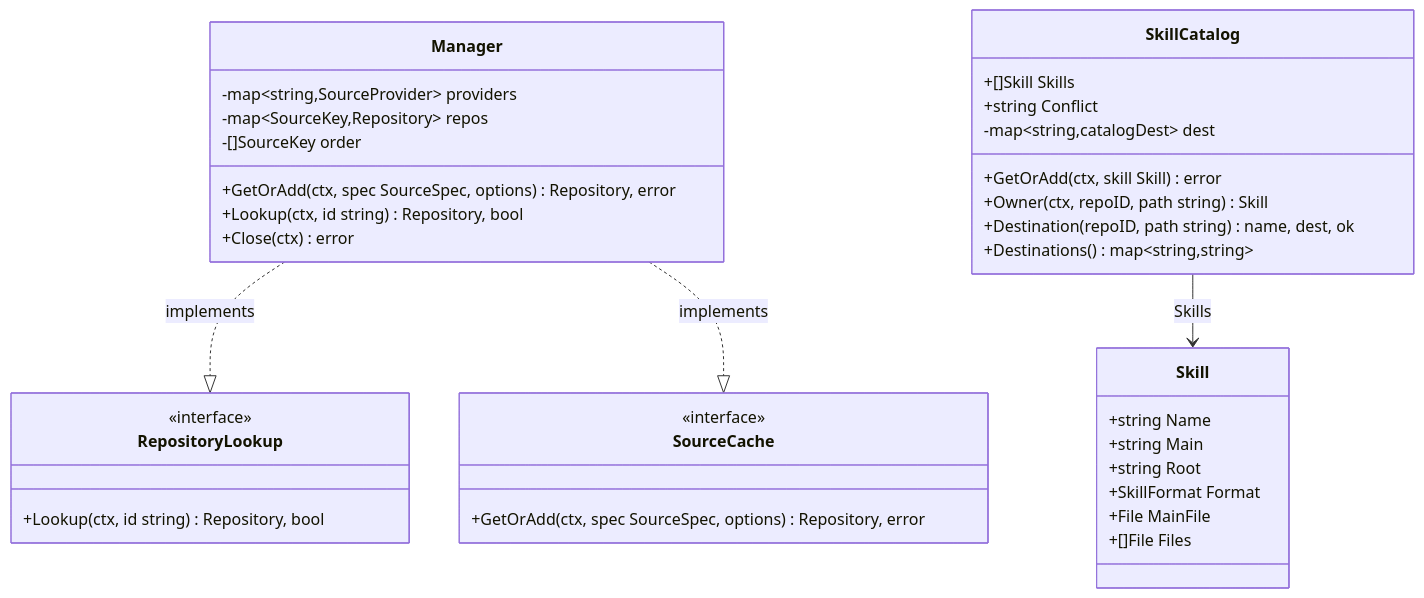
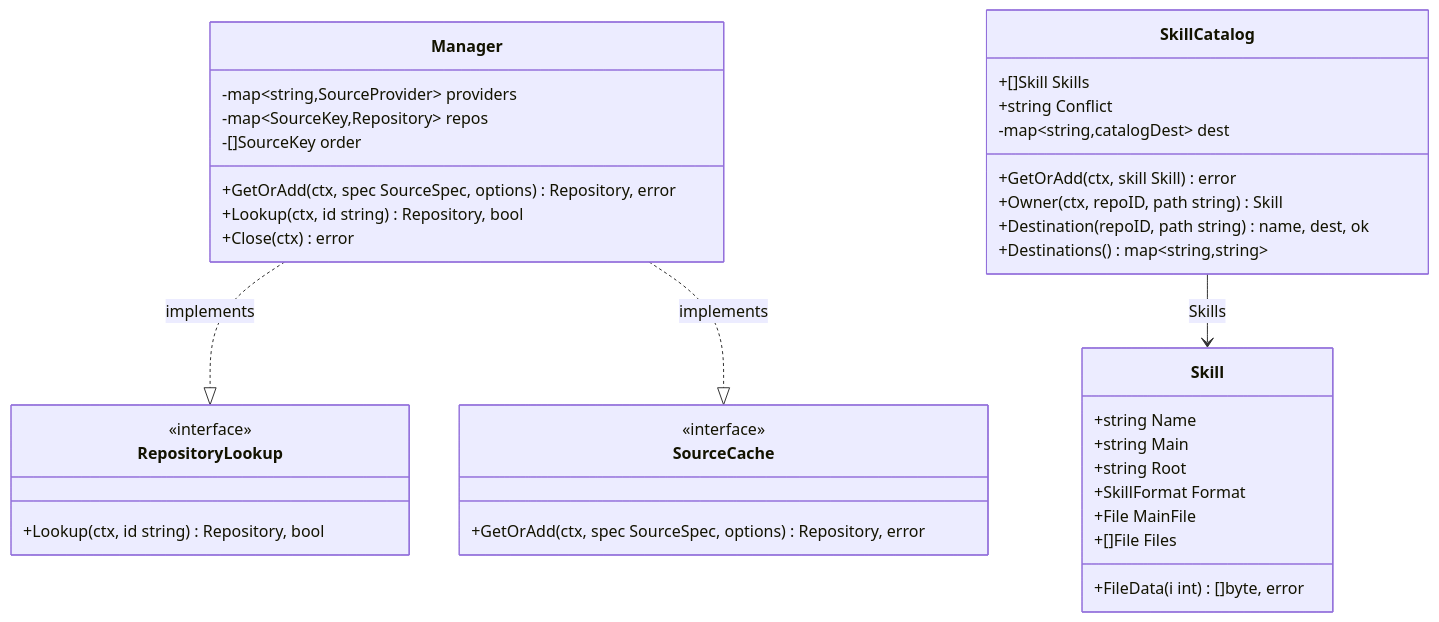
The third of 3 diagrams in docs/architecture/diagrams.md (InsonusK/go-ai-skill-manage), drawn with Mermaid before and after one commit. The commit also changed other lines of this file and 17 other files, not shown here.

````diff
--- a/docs/architecture/diagrams.md
+++ b/docs/architecture/diagrams.md
@@ -118,39 +123,40 @@
 ```mermaid
 classDiagram
     class RepositoryLookup {
         <<interface>>
         +Lookup(ctx, id string) Repository, bool
     }
     class SourceCache {
         <<interface>>
         +GetOrAdd(ctx, spec SourceSpec, options) Repository, error
     }
     class Manager {
         -map~string,SourceProvider~ providers
         -map~SourceKey,Repository~ repos
         -[]SourceKey order
         +GetOrAdd(ctx, spec SourceSpec, options) Repository, error
         +Lookup(ctx, id string) Repository, bool
         +Close(ctx) error
     }
     class SkillCatalog {
         +[]Skill Skills
         +string Conflict
         -map~string,catalogDest~ dest
         +GetOrAdd(ctx, skill Skill) error
         +Owner(ctx, repoID, path string) Skill
         +Destination(repoID, path string) name, dest, ok
         +Destinations() map~string,string~
     }
     class Skill {
         +string Name
         +string Main
         +string Root
         +SkillFormat Format
         +File MainFile
         +[]File Files
+        +FileData(i int) []byte, error
     }
     SkillCatalog --> Skill : Skills
     Manager ..|> RepositoryLookup : implements
     Manager ..|> SourceCache : implements
 ```
````
